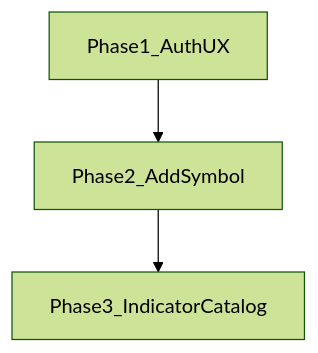
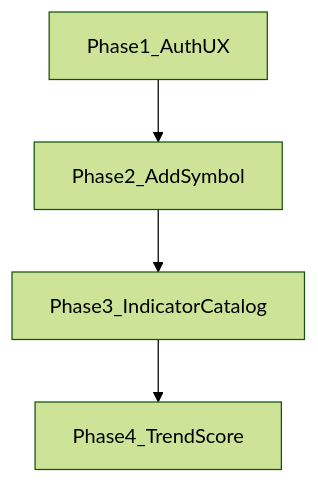
The diagram in docs/roadmap/v0/v0.2/v0.2.0.md (KenichiroArai/market-platform), drawn with Mermaid (forest theme) before and after one commit. The commit also changed other lines of this file and 39 other files, not shown here.

````diff
--- a/docs/roadmap/v0/v0.2/v0.2.0.md
+++ b/docs/roadmap/v0/v0.2/v0.2.0.md
@@ -5,7 +5,8 @@
 ```mermaid
 flowchart TB
   p1[Phase1_AuthUX]
   p2[Phase2_AddSymbol]
   p3[Phase3_IndicatorCatalog]
-  p1 --> p2 --> p3
+  p4[Phase4_TrendScore]
+  p1 --> p2 --> p3 --> p4
 ```
````
